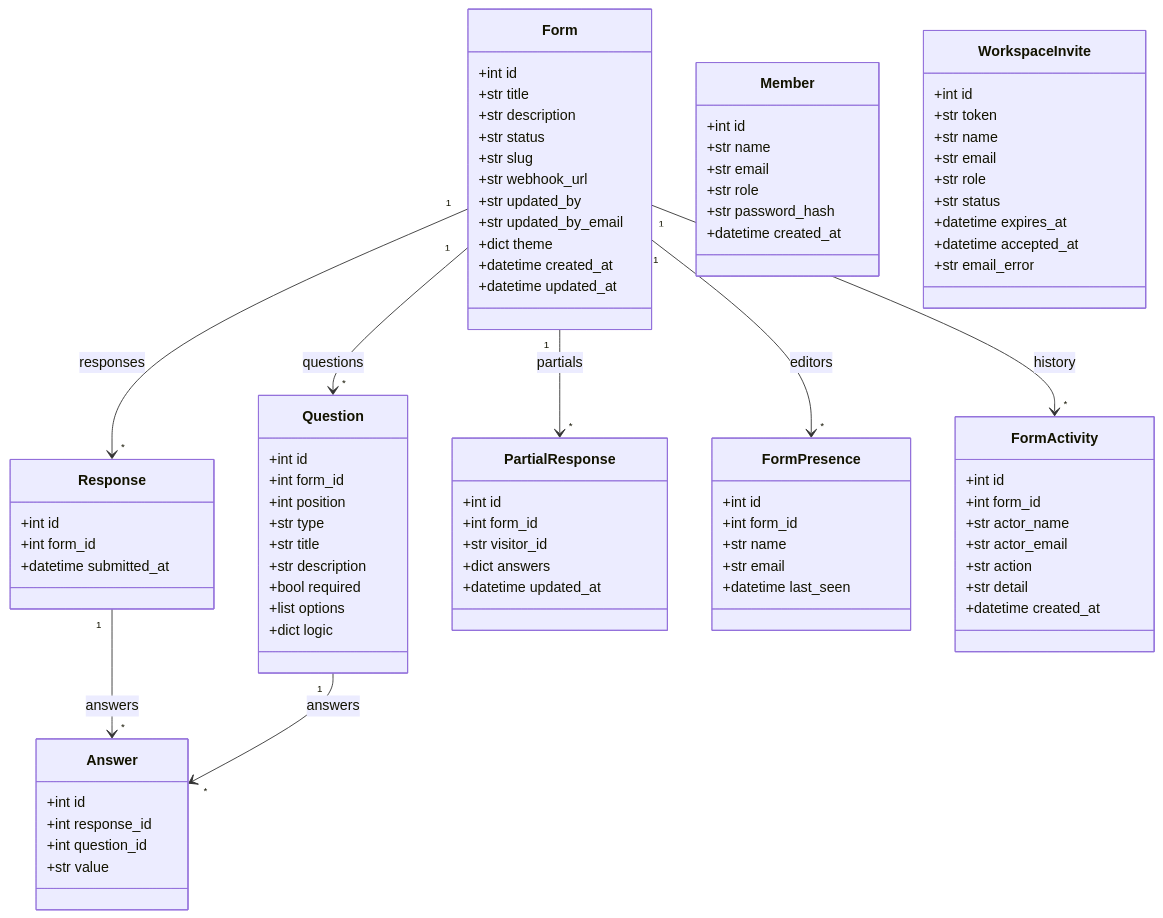
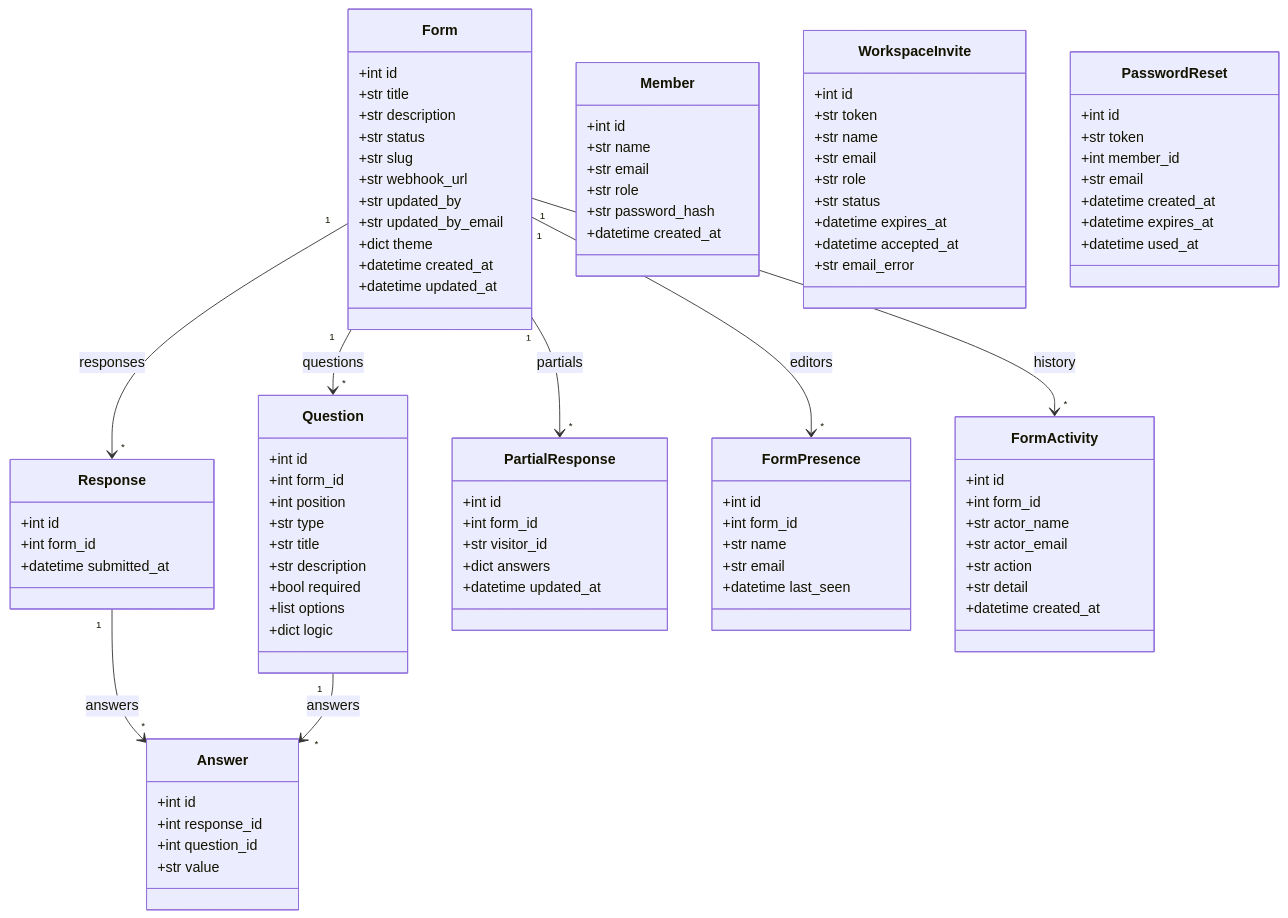
Before and after one commit to ruthwikkakumani/formly: the first of 3 diagrams in docs/diagrams/class-uml.md, drawn with Mermaid. The commit also changed other lines of this file and 65 other files, not shown here.

```diff
--- a/docs/diagrams/class-uml.md
+++ b/docs/diagrams/class-uml.md
@@ -81,6 +81,15 @@
     +str detail
     +datetime created_at
   }
+  class PasswordReset {
+    +int id
+    +str token
+    +int member_id
+    +str email
+    +datetime created_at
+    +datetime expires_at
+    +datetime used_at
+  }
   Form "1" --> "*" Question : questions
   Form "1" --> "*" Response : responses
   Form "1" --> "*" PartialResponse : partials
```
